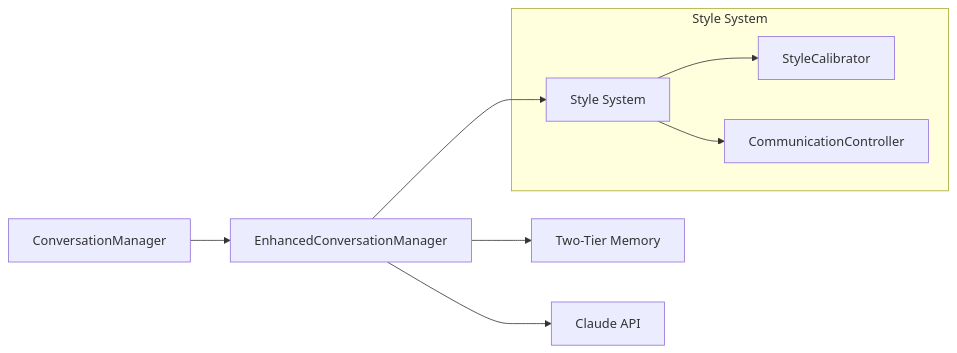
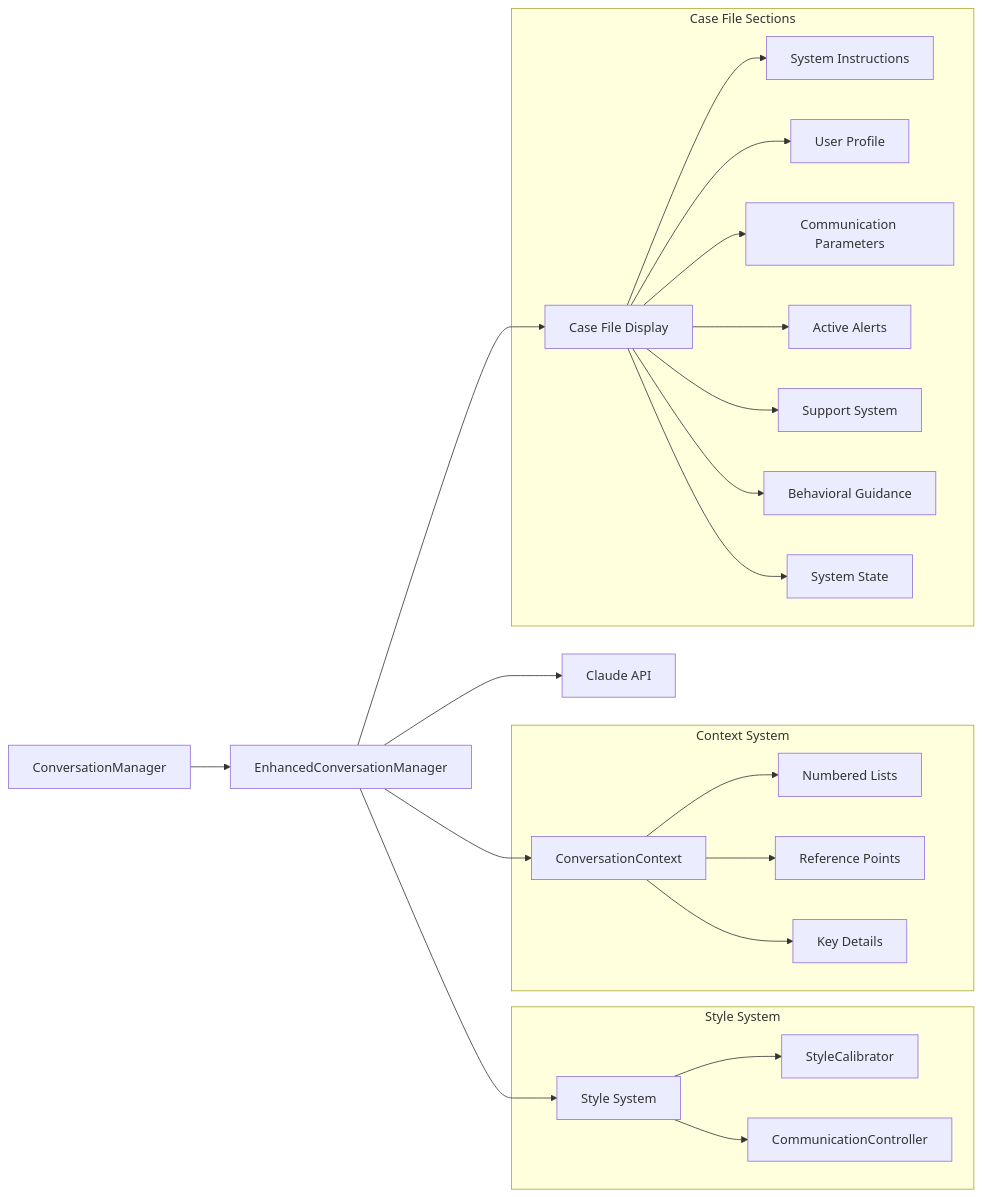
One commit to dgmulei/obi-slv2 changed the third of 7 diagrams in docs/02-system-architecture.md. Above: the diagram before and after it, drawn with Mermaid. The commit also changed other lines of this file and 9 other files, not shown here.

````diff
--- a/docs/02-system-architecture.md
+++ b/docs/02-system-architecture.md
@@ -84,12 +110,29 @@
 ```mermaid
 graph LR
     A[ConversationManager] --> B[EnhancedConversationManager]
-    B --> C[Two-Tier Memory]
+    B --> C[ConversationContext]
     B --> D[Claude API]
     B --> E[Style System]
+    B --> F[Case File Display]
     
     subgraph "Style System"
-        E --> F[StyleCalibrator]
-        E --> G[CommunicationController]
+        E --> G[StyleCalibrator]
+        E --> H[CommunicationController]
+    end
+
+    subgraph "Context System"
+        C --> I[Numbered Lists]
+        C --> J[Reference Points]
+        C --> K[Key Details]
+    end
+
+    subgraph "Case File Sections"
+        F --> L[System Instructions]
+        F --> M[User Profile]
+        F --> N[Communication Parameters]
+        F --> O[Active Alerts]
+        F --> P[Support System]
+        F --> Q[Behavioral Guidance]
+        F --> R[System State]
     end
 ```
````
